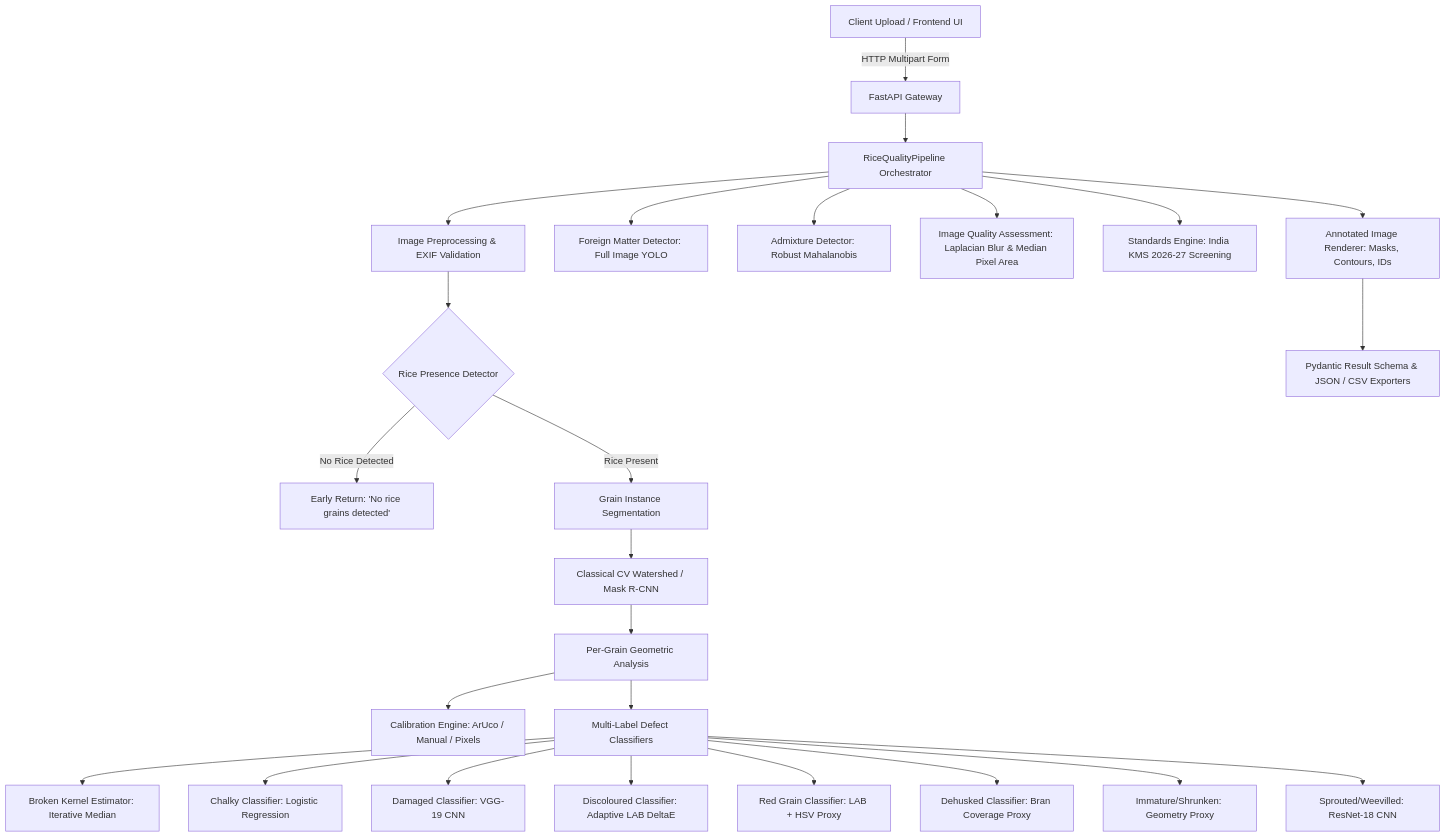
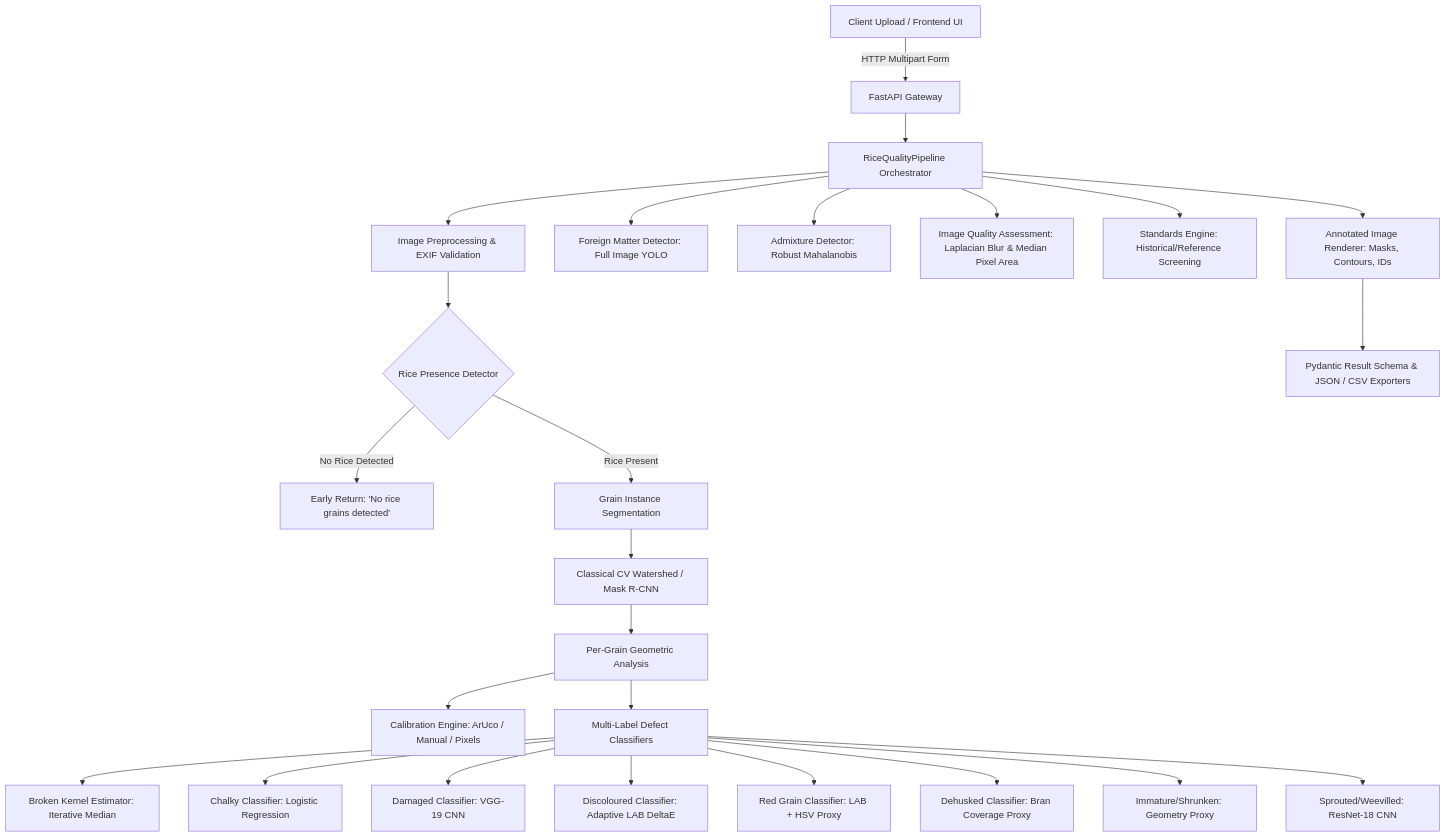
The diagram in rice-quality-ai/docs/architecture.md (kiran-8287/grain), drawn with Mermaid before and after one commit. The commit also changed other lines of this file and 44 other files, not shown here.

````diff
--- a/rice-quality-ai/docs/architecture.md
+++ b/rice-quality-ai/docs/architecture.md
@@ -7,27 +7,27 @@
 ```mermaid
 graph TD
     A[Client Upload / Frontend UI] -->|HTTP Multipart Form| B[FastAPI Gateway]
     B --> C[RiceQualityPipeline Orchestrator]
     C --> D[Image Preprocessing & EXIF Validation]
     D --> E{Rice Presence Detector}
     E -->|No Rice Detected| F[Early Return: 'No rice grains detected']
     E -->|Rice Present| G[Grain Instance Segmentation]
     G --> H[Classical CV Watershed / Mask R-CNN]
     H --> I[Per-Grain Geometric Analysis]
     I --> J[Calibration Engine: ArUco / Manual / Pixels]
     I --> K[Multi-Label Defect Classifiers]
     K --> K1[Broken Kernel Estimator: Iterative Median]
     K --> K2[Chalky Classifier: Logistic Regression]
     K --> K3[Damaged Classifier: VGG-19 CNN]
     K --> K4[Discoloured Classifier: Adaptive LAB DeltaE]
     K --> K5[Red Grain Classifier: LAB + HSV Proxy]
     K --> K6[Dehusked Classifier: Bran Coverage Proxy]
     K --> K7[Immature/Shrunken: Geometry Proxy]
     K --> K8[Sprouted/Weevilled: ResNet-18 CNN]
     C --> L[Foreign Matter Detector: Full Image YOLO]
     C --> M[Admixture Detector: Robust Mahalanobis]
     C --> N[Image Quality Assessment: Laplacian Blur & Median Pixel Area]
-    C --> O[Standards Engine: India KMS 2026-27 Screening]
+   C --> O[Standards Engine: Historical/Reference Screening]
     C --> P[Annotated Image Renderer: Masks, Contours, IDs]
     P --> Q[Pydantic Result Schema & JSON / CSV Exporters]
 ```
````
